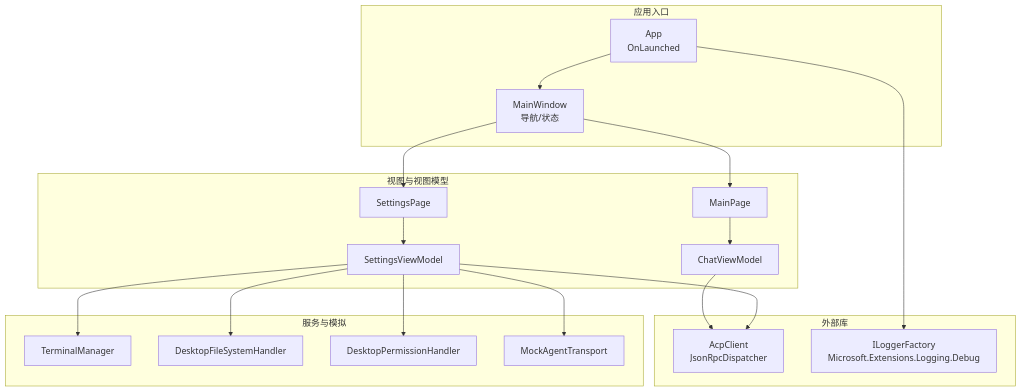
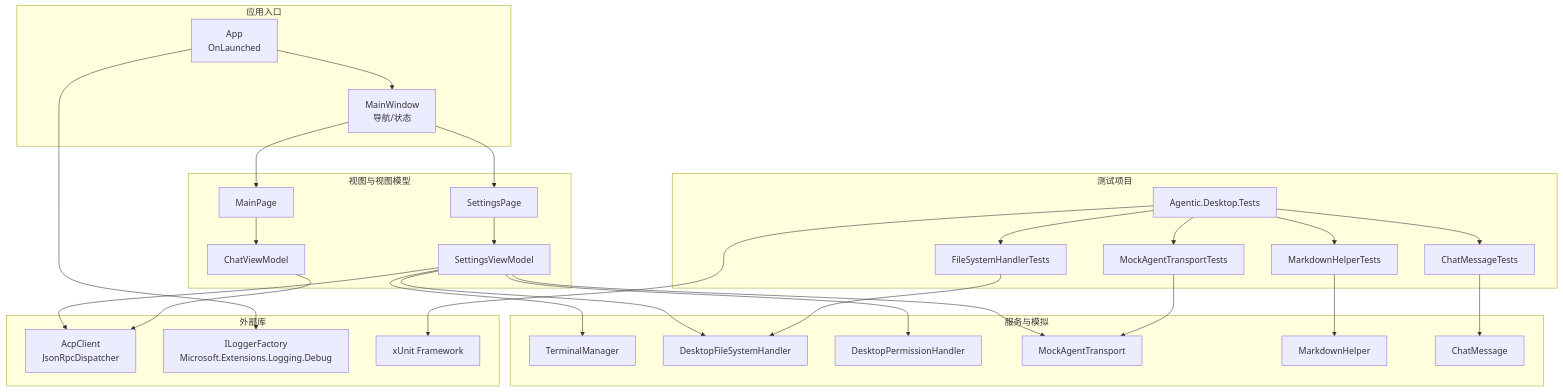
Before and after one commit to AgenticDesktop/App: the first of 6 diagrams in .qoder/repowiki/zh/content/开发指南/调试测试.md, drawn with Mermaid. The commit also changed other lines of this file and 108 other files, not shown here.

````diff
--- a/.qoder/repowiki/zh/content/开发指南/调试测试.md
+++ b/.qoder/repowiki/zh/content/开发指南/调试测试.md
@@ -51,35 +67,54 @@
 ```mermaid
 graph TB
 subgraph "应用入口"
 APP["App<br/>OnLaunched"]
 WIN["MainWindow<br/>导航/状态"]
 end
 subgraph "视图与视图模型"
 SET_P["SettingsPage"]
 SET_VM["SettingsViewModel"]
 MAIN_P["MainPage"]
 CHAT_VM["ChatViewModel"]
 end
 subgraph "服务与模拟"
 TERM["TerminalManager"]
 FS["DesktopFileSystemHandler"]
 PERM["DesktopPermissionHandler"]
 MOCK["MockAgentTransport"]
+MD["MarkdownHelper"]
+CM["ChatMessage"]
+end
+subgraph "测试项目"
+TESTS["Agentic.Desktop.Tests"]
+CMT["ChatMessageTests"]
+FST["FileSystemHandlerTests"]
+MDT["MarkdownHelperTests"]
+MAT["MockAgentTransportTests"]
 end
 subgraph "外部库"
 ACP["AcpClient<br/>JsonRpcDispatcher"]
 LOG["ILoggerFactory<br/>Microsoft.Extensions.Logging.Debug"]
+XUNIT["xUnit Framework"]
 end
 APP --> WIN
 WIN --> SET_P
 WIN --> MAIN_P
 SET_P --> SET_VM
 MAIN_P --> CHAT_VM
 SET_VM --> ACP
 SET_VM --> MOCK
 SET_VM --> TERM
 SET_VM --> FS
 SET_VM --> PERM
 CHAT_VM --> ACP
+TESTS --> CMT
+TESTS --> FST
+TESTS --> MDT
+TESTS --> MAT
+CMT --> CM
+FST --> FS
+MDT --> MD
+MAT --> MOCK
 APP --> LOG
+TESTS --> XUNIT
 ```
````
